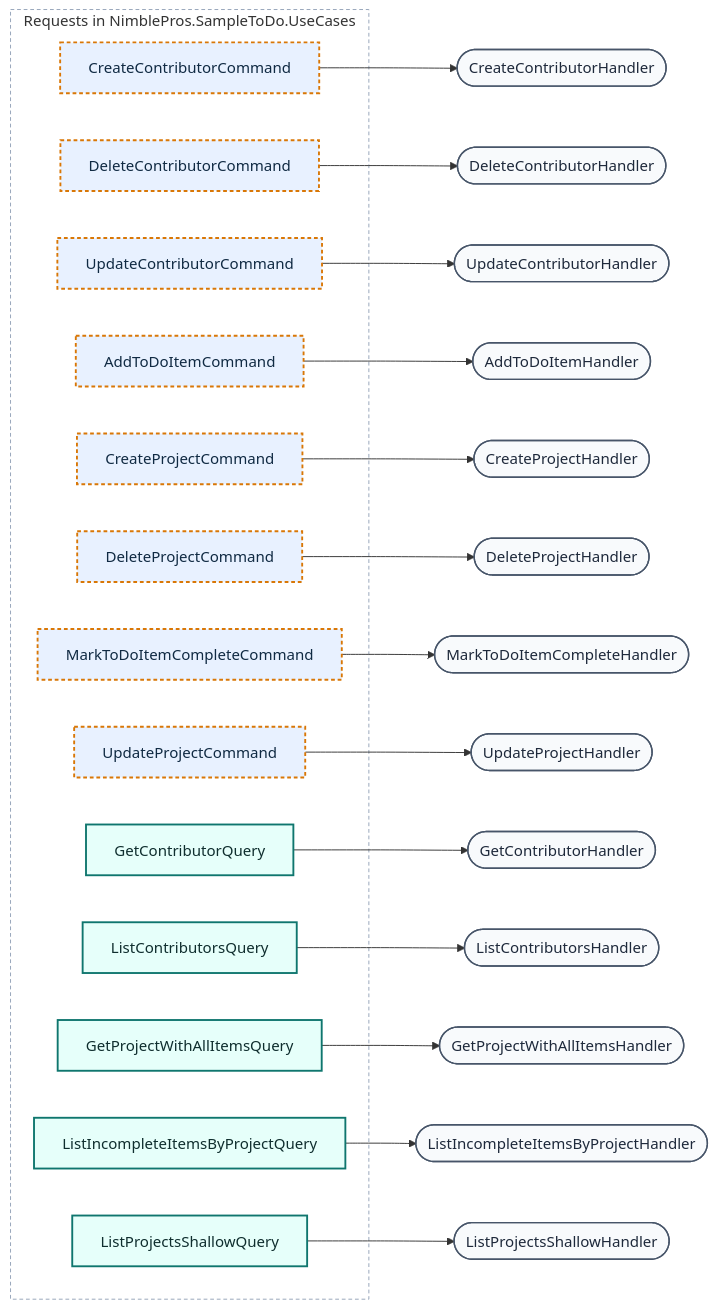
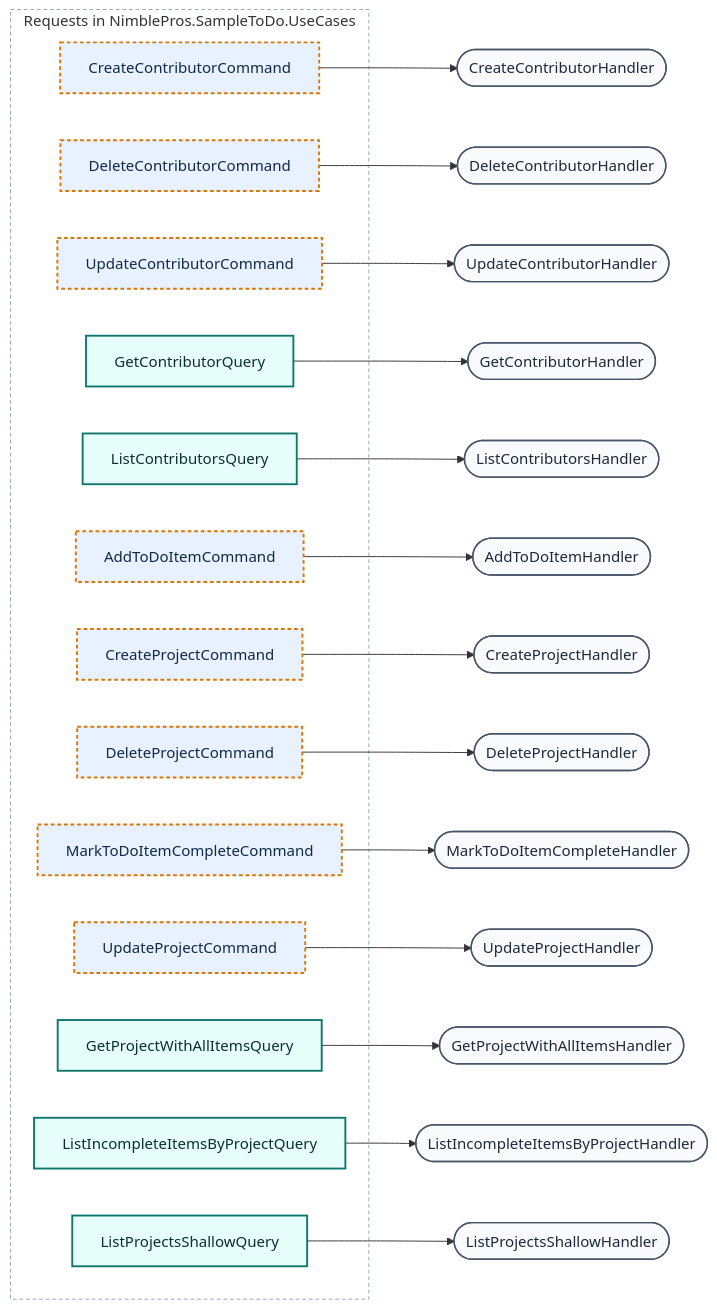
Before and after one commit to AbdullahHakima/cqrslens: the fifth of 38 diagrams in docs/sample-output/real-world/ardalis-ARCHITECTURE.md, drawn with Mermaid. The commit also changed other lines of this file and 15 other files, not shown here.

Commit message:
docs: bring README, the validation snapshot and sample reports to 1.0.0 - diagrams as pre-rendered SVGs, real console output

````diff
--- a/docs/sample-output/real-world/ardalis-ARCHITECTURE.md
+++ b/docs/sample-output/real-world/ardalis-ARCHITECTURE.md
@@ -270,53 +280,53 @@
 ```mermaid
 flowchart LR
     accTitle: CQRS map
     accDescr: 13 requests, 13 handlers, 0 validators, 8 CommandWithoutValidator.
     subgraph prj_NimblePros_SampleToDo_UseCases["Requests in NimblePros.SampleToDo.UseCases"]
         req_CreateContributorCommand["CreateContributorCommand"]:::clsCommandNoValidator
         req_DeleteContributorCommand["DeleteContributorCommand"]:::clsCommandNoValidator
         req_UpdateContributorCommand["UpdateContributorCommand"]:::clsCommandNoValidator
+        req_GetContributorQuery["GetContributorQuery"]:::clsQuery
+        req_ListContributorsQuery["ListContributorsQuery"]:::clsQuery
         req_AddToDoItemCommand["AddToDoItemCommand"]:::clsCommandNoValidator
         req_CreateProjectCommand["CreateProjectCommand"]:::clsCommandNoValidator
         req_DeleteProjectCommand["DeleteProjectCommand"]:::clsCommandNoValidator
         req_MarkToDoItemCompleteCommand["MarkToDoItemCompleteCommand"]:::clsCommandNoValidator
         req_UpdateProjectCommand["UpdateProjectCommand"]:::clsCommandNoValidator
-        req_GetContributorQuery["GetContributorQuery"]:::clsQuery
-        req_ListContributorsQuery["ListContributorsQuery"]:::clsQuery
         req_GetProjectWithAllItemsQuery["GetProjectWithAllItemsQuery"]:::clsQuery
         req_ListIncompleteItemsByProjectQuery["ListIncompleteItemsByProjectQuery"]:::clsQuery
         req_ListProjectsShallowQuery["ListProjectsShallowQuery"]:::clsQuery
     end
     hdl_CreateContributorHandler(["CreateContributorHandler"]):::clsHandler
     hdl_DeleteContributorHandler(["DeleteContributorHandler"]):::clsHandler
     hdl_UpdateContributorHandler(["UpdateContributorHandler"]):::clsHandler
     hdl_GetContributorHandler(["GetContributorHandler"]):::clsHandler
     hdl_ListContributorsHandler(["ListContributorsHandler"]):::clsHandler
     hdl_AddToDoItemHandler(["AddToDoItemHandler"]):::clsHandler
     hdl_CreateProjectHandler(["CreateProjectHandler"]):::clsHandler
     hdl_DeleteProjectHandler(["DeleteProjectHandler"]):::clsHandler
     hdl_GetProjectWithAllItemsHandler(["GetProjectWithAllItemsHandler"]):::clsHandler
     hdl_ListIncompleteItemsByProjectHandler(["ListIncompleteItemsByProjectHandler"]):::clsHandler
     hdl_ListProjectsShallowHandler(["ListProjectsShallowHandler"]):::clsHandler
     hdl_MarkToDoItemCompleteHandler(["MarkToDoItemCompleteHandler"]):::clsHandler
     hdl_UpdateProjectHandler(["UpdateProjectHandler"]):::clsHandler
     req_CreateContributorCommand --> hdl_CreateContributorHandler
     req_DeleteContributorCommand --> hdl_DeleteContributorHandler
     req_UpdateContributorCommand --> hdl_UpdateContributorHandler
+    req_GetContributorQuery --> hdl_GetContributorHandler
+    req_ListContributorsQuery --> hdl_ListContributorsHandler
     req_AddToDoItemCommand --> hdl_AddToDoItemHandler
     req_CreateProjectCommand --> hdl_CreateProjectHandler
     req_DeleteProjectCommand --> hdl_DeleteProjectHandler
     req_MarkToDoItemCompleteCommand --> hdl_MarkToDoItemCompleteHandler
     req_UpdateProjectCommand --> hdl_UpdateProjectHandler
-    req_GetContributorQuery --> hdl_GetContributorHandler
-    req_ListContributorsQuery --> hdl_ListContributorsHandler
     req_GetProjectWithAllItemsQuery --> hdl_GetProjectWithAllItemsHandler
     req_ListIncompleteItemsByProjectQuery --> hdl_ListIncompleteItemsByProjectHandler
     req_ListProjectsShallowQuery --> hdl_ListProjectsShallowHandler
     style prj_NimblePros_SampleToDo_UseCases fill:none,stroke:#94a3b8,stroke-dasharray:4 3
     classDef clsCommand fill:#e8f1ff,stroke:#2563eb,stroke-width:2px,color:#102a43
     classDef clsQuery fill:#e6fffa,stroke:#0f766e,stroke-width:2px,color:#0f2e2e
     classDef clsRequest fill:#f5f3ff,stroke:#6d28d9,stroke-width:2px,color:#2e1065
     classDef clsHandler fill:#f8fafc,stroke:#475569,stroke-width:1.5px,color:#1e293b
     classDef clsValidator fill:#fff7ed,stroke:#c2410c,stroke-width:1.5px,color:#431407
     classDef clsCommandNoValidator fill:#e8f1ff,stroke:#d97706,stroke-width:2px,stroke-dasharray:4 3,color:#102a43
 ```
````
